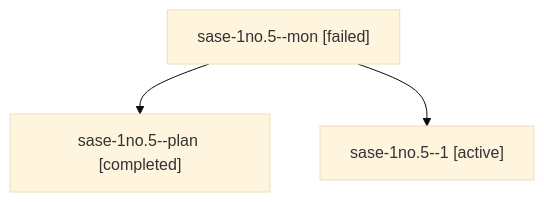
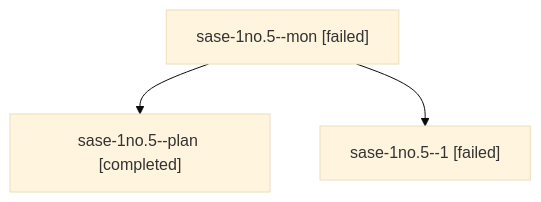
The diagram in sessions/bbugyi200.athena.sase-1no.5.md (sase-org/sase--agents), drawn with Mermaid (base theme) before and after one commit. The commit also changed other lines of this file and 288 other files, not shown here.

````diff
--- a/sessions/bbugyi200.athena.sase-1no.5.md
+++ b/sessions/bbugyi200.athena.sase-1no.5.md
@@ -9,8 +9,8 @@
 ```mermaid
 flowchart TD
   n0["sase-1no.5--mon [failed]"]
   n1["sase-1no.5--plan [completed]"]
   n0 --> n1
-  n2["sase-1no.5--1 [active]"]
+  n2["sase-1no.5--1 [failed]"]
   n0 --> n2
 ```
````
